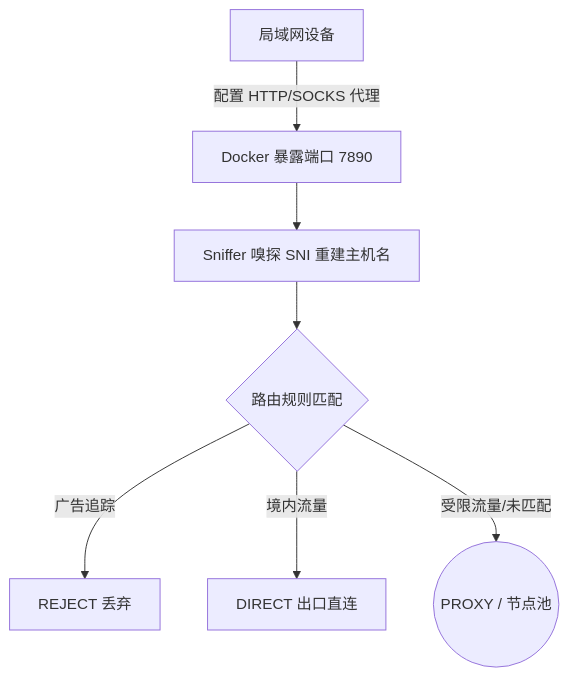
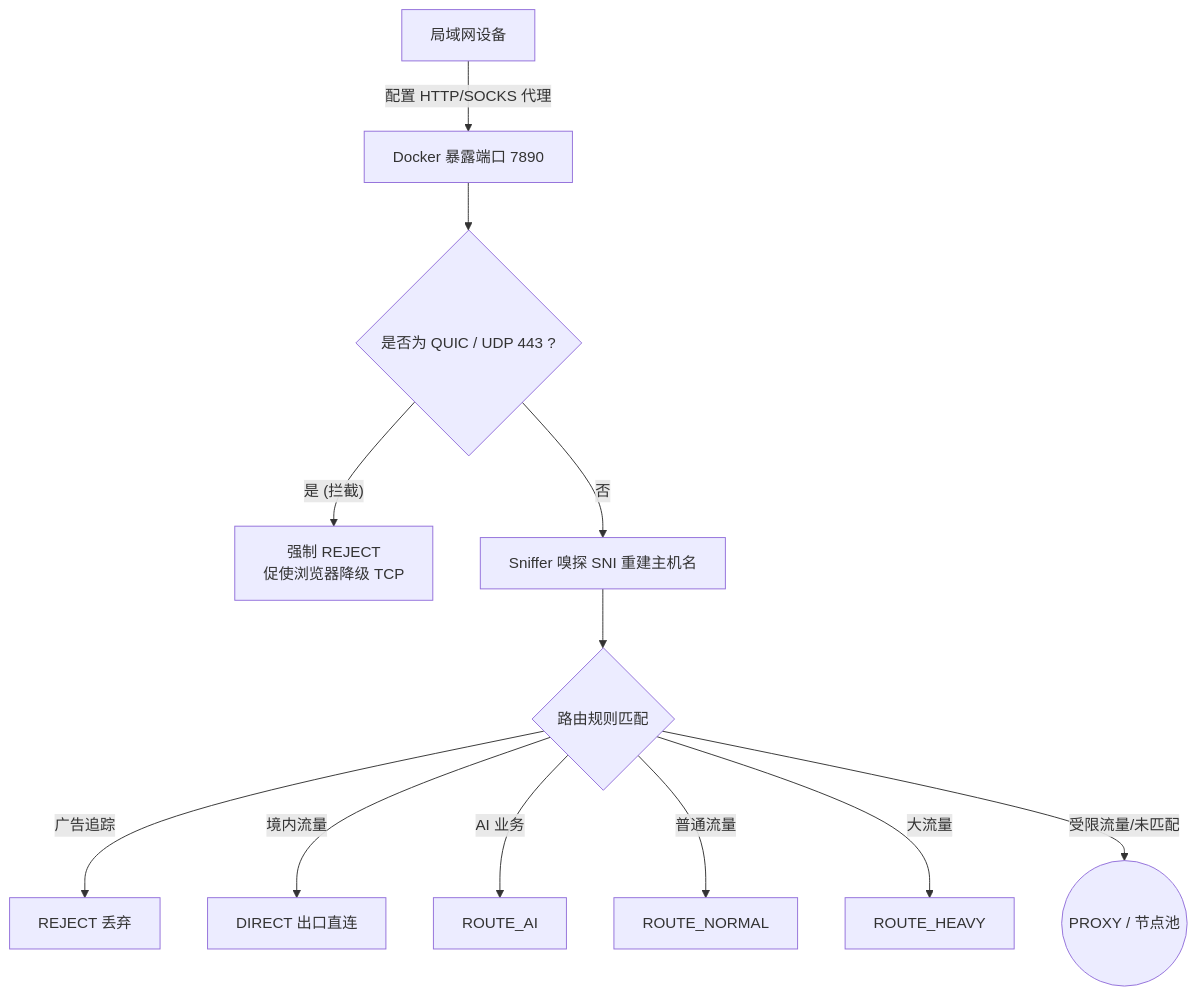
One commit to jiezhengj/mihomo-rules changed the second of 2 diagrams in README.md. Above: the diagram before and after it, drawn with Mermaid. The commit also changed other lines of this file and 9 other files, not shown here.

````diff
--- a/README.md
+++ b/README.md
@@ -172,11 +244,16 @@
 ```mermaid
 graph TD
     LAN[局域网设备] -- 配置 HTTP/SOCKS 代理 --> Port[Docker 暴露端口 7890]
-    Port --> Sniff[Sniffer 嗅探 SNI 重建主机名]
+    Port --> QUIC{是否为 QUIC / UDP 443 ?}
+    QUIC -- 是 (拦截) --> RejectQuic[强制 REJECT <br> 促使浏览器降级 TCP]
+    QUIC -- 否 --> Sniff[Sniffer 嗅探 SNI 重建主机名]
 
     Sniff --> Match{路由规则匹配}
 
     Match -- 广告追踪 --> ActionReject[REJECT 丢弃]
     Match -- 境内流量 --> ActionDirect[DIRECT 出口直连]
+    Match -- AI 业务 --> ActionAI[ROUTE_AI]
+    Match -- 普通流量 --> ActionNormal[ROUTE_NORMAL]
+    Match -- 大流量 --> ActionHeavy[ROUTE_HEAVY]
     Match -- 受限流量/未匹配 --> ActionProxy((PROXY / 节点池))
 ```
````
